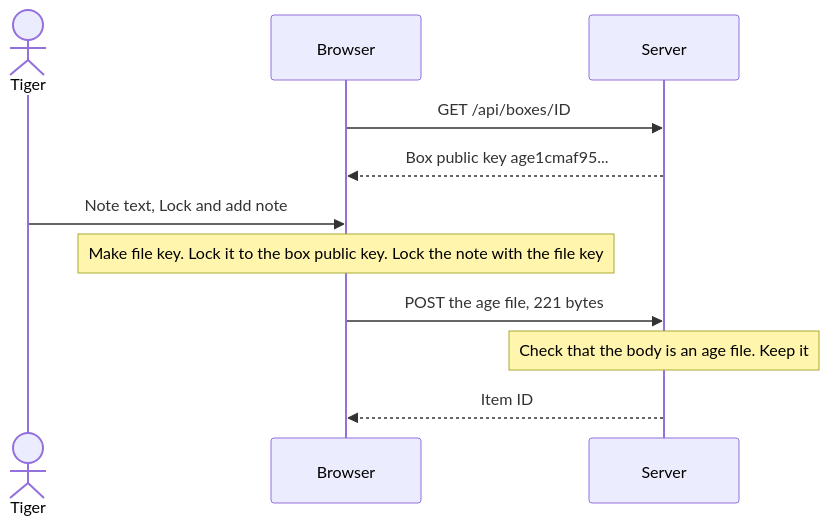
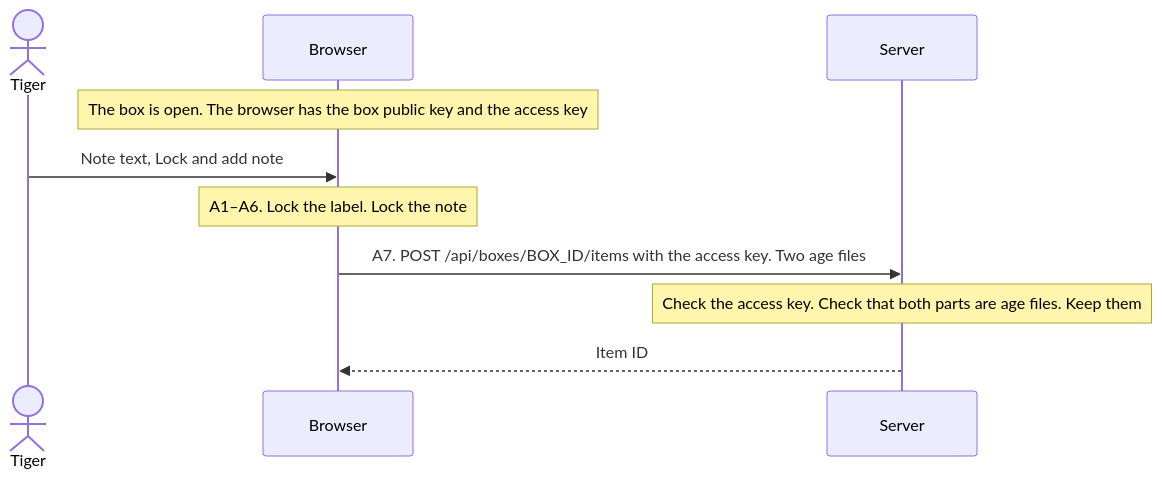
One commit to intaniger/secretbox changed the first of 3 diagrams in docs/03-add-item.md. Above: the diagram before and after it, drawn with Mermaid. The commit also changed other lines of this file and 30 other files, not shown here.

````diff
--- a/docs/03-add-item.md
+++ b/docs/03-add-item.md
@@ -39,13 +37,12 @@
 ```mermaid
 sequenceDiagram
   actor T as Tiger
   participant B as Browser
   participant S as Server
-  B->>S: GET /api/boxes/ID
-  S-->>B: Box public key age1cmaf95...
+  Note over B: The box is open. The browser has the box public key and the access key
   T->>B: Note text, Lock and add note
-  Note over B: Make file key. Lock it to the box public key. Lock the note with the file key
-  B->>S: POST the age file, 221 bytes
-  Note over S: Check that the body is an age file. Keep it
+  Note over B: A1–A6. Lock the label. Lock the note
+  B->>S: A7. POST /api/boxes/BOX_ID/items with the access key. Two age files
+  Note over S: Check the access key. Check that both parts are age files. Keep them
   S-->>B: Item ID
 ```
````
